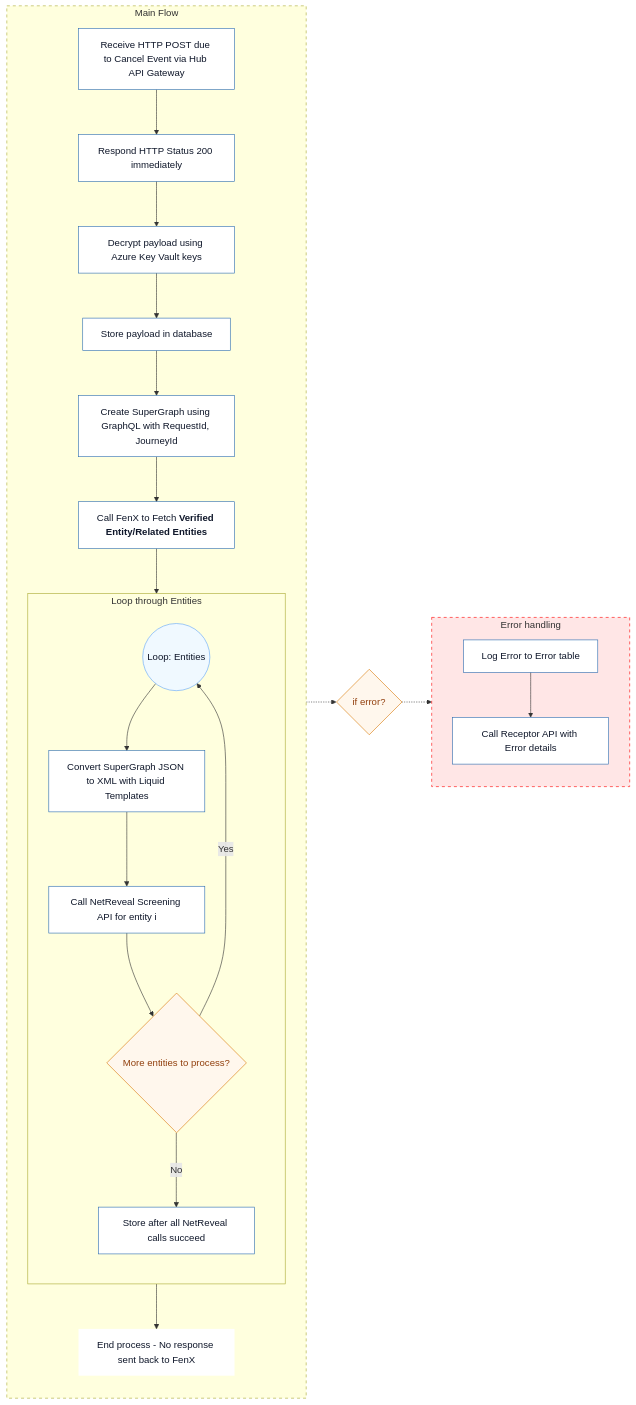
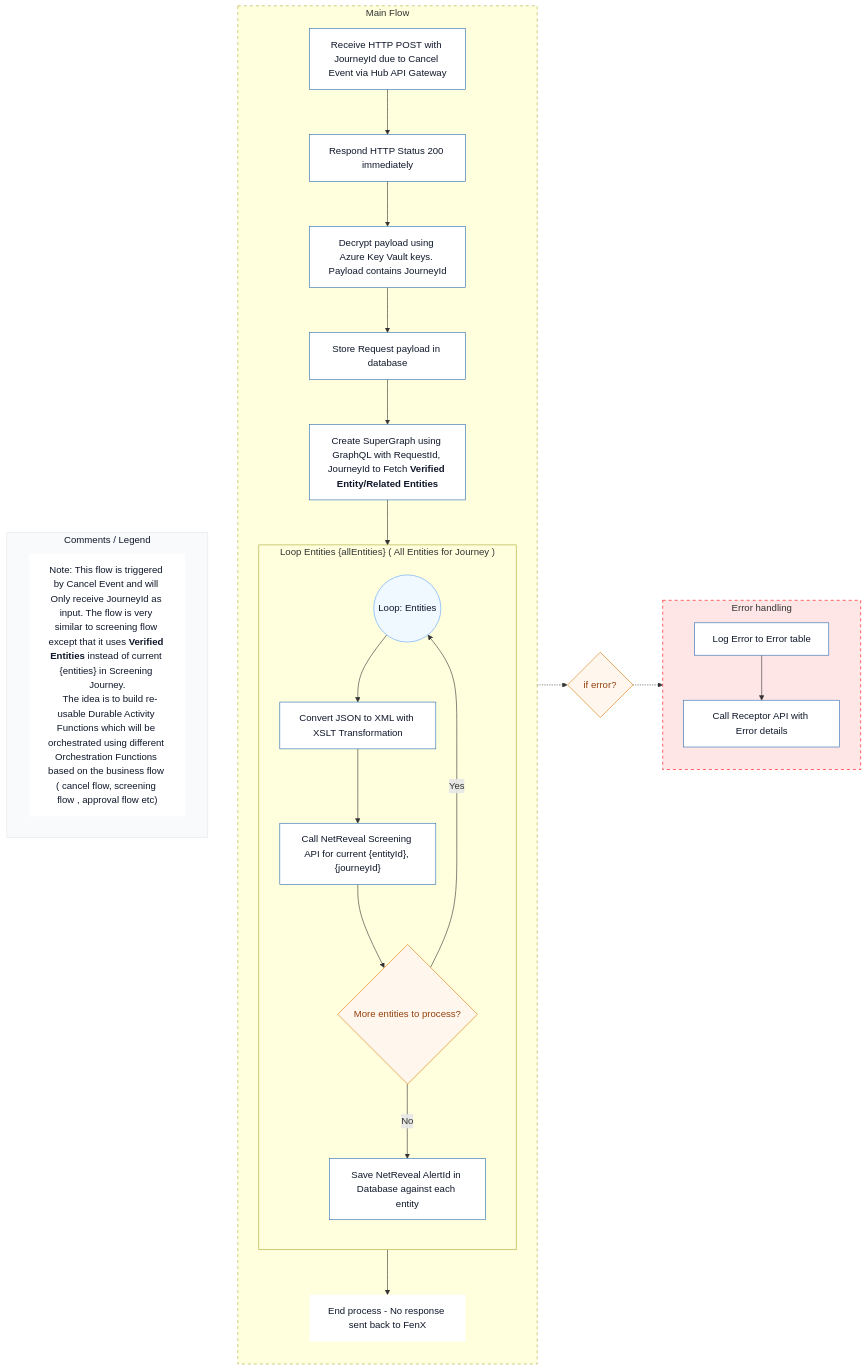
Before and after one commit to jojokoshy/Architecture_Diagrams_Python_AI: the diagram in Arch_Diagrams/v2/cancelflow.mmd, drawn with Mermaid. The commit also changed 1 other file, not shown here.

Commit message:
Enhance CancelFlow and ScreeningFlow diagrams with detailed comments; clarify flow triggers and processing steps

```diff
--- a/Arch_Diagrams/v2/cancelflow.mmd
+++ b/Arch_Diagrams/v2/cancelflow.mmd
@@ -1,47 +1,54 @@
 %%{init: {"theme":"default","themeVariables": {"background":"#ffffff","fontSize":"14"}}}%%
 flowchart LR
+
+subgraph Comments [Comments / Legend]
+  direction LR
+  style Comments fill:#f9fafb,stroke:#e5e7eb,color:#0f172a,stroke-width:1px;
+  note1["Note: This flow is triggered by Cancel Event and will Only receive JourneyId as input. The flow is very similar to screening flow except that it uses <b>Verified Entities</b> instead of current {entities} in Screening Journey.
+  The idea is to build re-usable Durable Activity Functions which will be orchestrated using different Orchestration Functions based on the business flow ( cancel flow, screening flow , approval flow etc)"]:::footer
+end
 
 %% Shared styles (matching AlertsFlow)
 classDef step fill:#ffffff,stroke:#2b6cb0,color:#0f172a,stroke-width:1px;
 classDef decision fill:#fff7ed,stroke:#d97706,color:#92400e,stroke-width:1px;
 classDef loop fill:#f0f9ff,stroke:#60a5fa,color:#0f172a,stroke-width:1px;
 classDef footer fill:#ffffff,stroke:none,color:#0f172a;
 subgraph MainFlow [Main Flow]
    direction TB
-  A["Receive HTTP POST due to Cancel Event via Hub API Gateway"]:::step --> B["Respond HTTP Status 200 immediately"]:::step
-  B --> C["Decrypt payload using Azure Key Vault keys"]:::step
-  C --> D["Store payload in database"]:::step
-  D --> E["Create SuperGraph using GraphQL with RequestId, JourneyId"]:::step
-  E --> FenX["Call FenX to Fetch <b>Verified Entity/Related Entities</b> "]:::step
-  FenX --> LoopStart(("Loop: Entities")):::loop
+  A["Receive HTTP POST with JourneyId due to Cancel Event via Hub API Gateway"]:::step --> B["Respond HTTP Status 200 immediately"]:::step
+  B --> C["Decrypt payload using Azure Key Vault keys. Payload contains JourneyId"]:::step
+  C --> D["Store Request payload in database"]:::step
+  D --> E["Create SuperGraph using GraphQL with RequestId, JourneyId to Fetch <b>Verified Entity/Related Entities</b>"]:::step
+  E --> LoopStart(("Loop: Entities")):::loop
 
-  subgraph EntitiesLoop [Loop through Entities]
+  subgraph EntitiesLoop ["Loop  Entities {allEntities}  ( All Entities for Journey  )"]
     direction TB
-    LoopStart --> XMLConvert["Convert SuperGraph JSON to XML with Liquid Templates"]:::step
-    XMLConvert --> N["Call NetReveal Screening API for entity i"]:::step
+    LoopStart --> XMLConvert["Convert JSON to XML with XSLT Transformation"]:::step
+    XMLConvert --> N["Call NetReveal Screening API for current {entityId}, {journeyId}"]:::step
     N --> Q{"More entities to process?"}:::decision
     Q -- Yes --> LoopStart
-    Q -- No --> O["Store after all NetReveal calls succeed"]:::step
+    Q -- No --> O["Save NetReveal AlertId in Database against each entity"]:::step
   end
 
   O --> P["End process - No response sent back to FenX"]:::footer
 end
 
 style MainFlow stroke-dasharray: 5 5
 
 %% Decision between main and error blocks
 IfError{"if error?"}:::decision
 
 %% Error handling block to the right
 subgraph ErrorHandler [Error handling]
   direction TB
   EH1["Log Error to Error table"]:::step
   EH2["Call Receptor API with Error details"]:::step
   EH1 --> EH2
 end
 
 style ErrorHandler fill:#ffe6e6,stroke:#ff0000,stroke-dasharray: 5 5
 
 %% Connections: only between blocks (not individual nodes)
+Comments ~~~MainFlow
 MainFlow -.-> IfError
 IfError -.-> ErrorHandler
```
